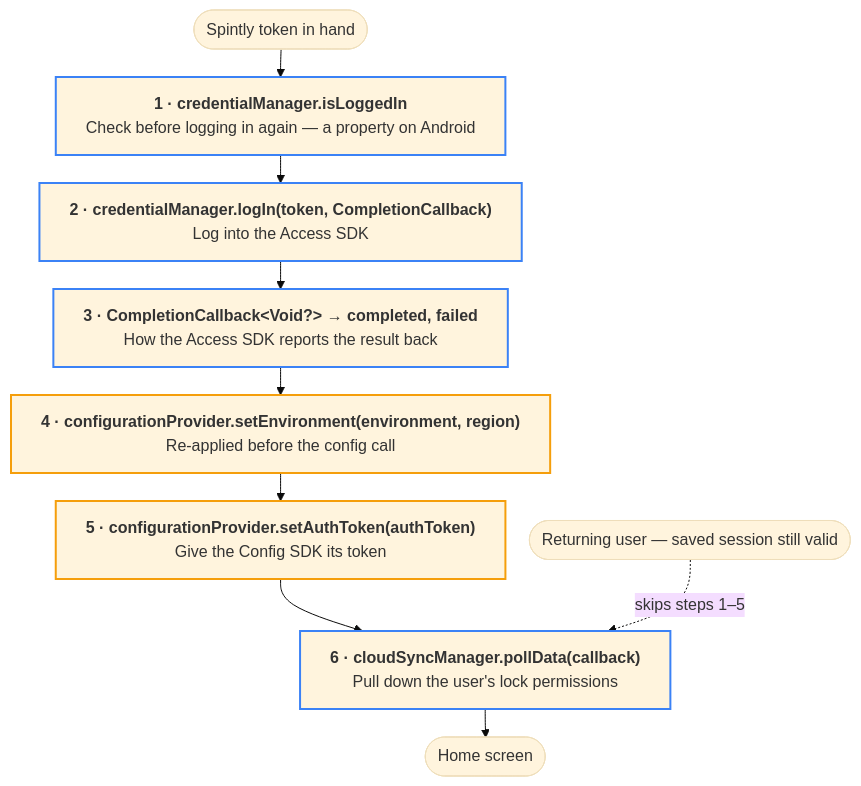
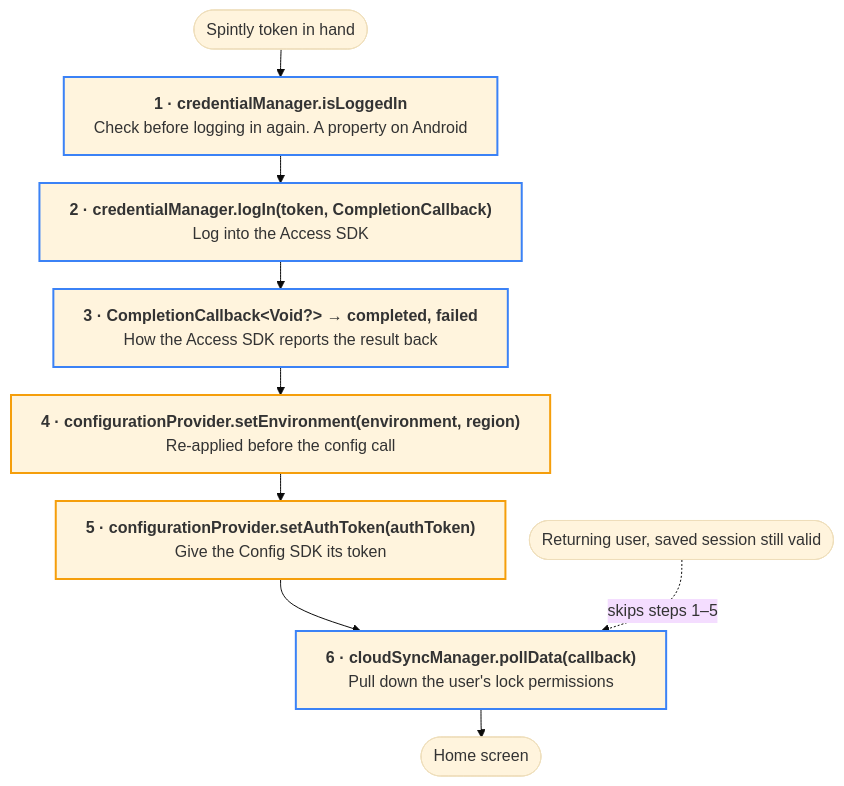
One commit to Yash-Wadatkar-Binaryveda/sdk-docs-site changed the seventh of 11 diagrams in docs/user-onboarding.md. Above: the diagram before and after it, drawn with Mermaid (base theme). The commit also changed other lines of this file and 3 other files, not shown here.

````diff
--- a/docs/user-onboarding.md
+++ b/docs/user-onboarding.md
@@ -208,18 +208,18 @@
     ```mermaid
     %%{init:{"flowchart":{"wrappingWidth":500,"nodeSpacing":24,"rankSpacing":28}}}%%
     flowchart TD
         S(["Spintly token in hand"]) --> N1
-        N1["<b>1 · credentialManager.isLoggedIn</b><br/>Check before logging in again — a property on Android"]
+        N1["<b>1 · credentialManager.isLoggedIn</b><br/>Check before logging in again. A property on Android"]
         N1 --> N2["<b>2 · credentialManager.logIn(token, CompletionCallback)</b><br/>Log into the Access SDK"]
         N2 --> N3["<b>3 · CompletionCallback&lt;Void?&gt; → completed, failed</b><br/>How the Access SDK reports the result back"]
         N3 --> N4["<b>4 · configurationProvider.setEnvironment(environment, region)</b><br/>Re-applied before the config call"]
         N4 --> N5["<b>5 · configurationProvider.setAuthToken(authToken)</b><br/>Give the Config SDK its token"]
         N5 --> N6["<b>6 · cloudSyncManager.pollData(callback)</b><br/>Pull down the user's lock permissions"]
         N6 --> E(["Home screen"])
-        RU(["Returning user — saved session still valid"]) -.->|"skips steps 1–5"| N6
+        RU(["Returning user, saved session still valid"]) -.->|"skips steps 1–5"| N6
 
         classDef sdkAccess stroke:#3b82f6,stroke-width:2px
         classDef sdkConfig stroke:#f59e0b,stroke-width:2px
         class N1,N2,N3,N6 sdkAccess
         class N4,N5 sdkConfig
     ```
````
